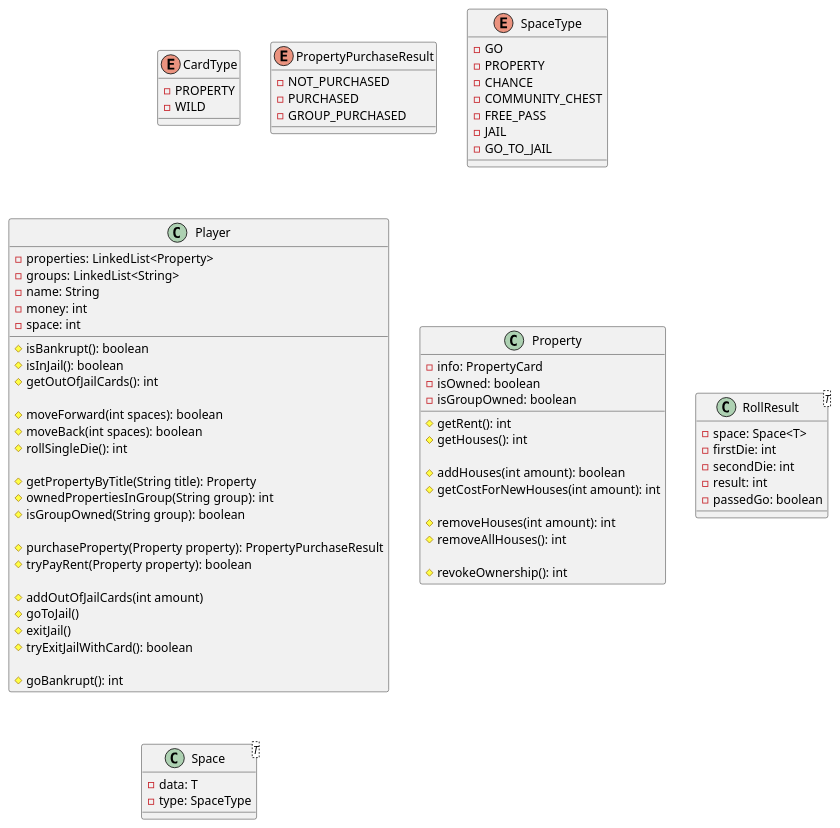
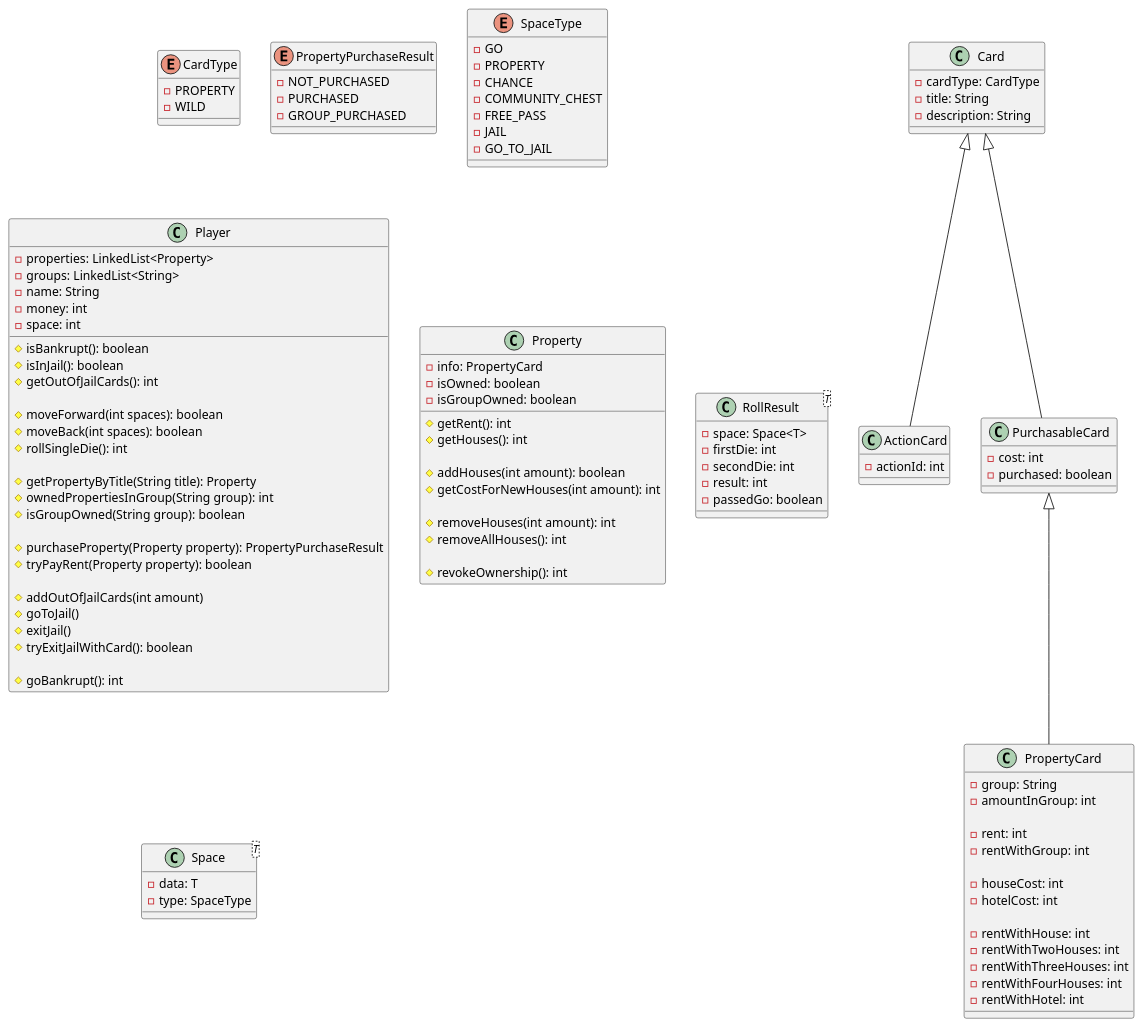
Before and after one commit to ooplata/j_monopoly: the diagram in ProjectDiagram.puml, drawn with PlantUML.

Commit message:
Added classes in cards package to diagram

```diff
--- a/ProjectDiagram.puml
+++ b/ProjectDiagram.puml
@@ -1,84 +1,116 @@
 @startuml JMonopoly
 
 enum CardType {
     -PROPERTY
     -WILD
 }
 
 enum PropertyPurchaseResult {
     -NOT_PURCHASED
     -PURCHASED
     -GROUP_PURCHASED
 }
 
 enum SpaceType {
     -GO
     -PROPERTY
     -CHANCE
     -COMMUNITY_CHEST
     -FREE_PASS
     -JAIL
     -GO_TO_JAIL
 }
 
 class Player {
     -properties: LinkedList<Property>
     -groups: LinkedList<String>
     -name: String
     -money: int
     -space: int
 
     #isBankrupt(): boolean
     #isInJail(): boolean
     #getOutOfJailCards(): int
 
     #moveForward(int spaces): boolean
     #moveBack(int spaces): boolean
     #rollSingleDie(): int
 
     #getPropertyByTitle(String title): Property
     #ownedPropertiesInGroup(String group): int
     #isGroupOwned(String group): boolean
 
     #purchaseProperty(Property property): PropertyPurchaseResult
     #tryPayRent(Property property): boolean
 
     #addOutOfJailCards(int amount)
     #goToJail()
     #exitJail()
     #tryExitJailWithCard(): boolean
 
     #goBankrupt(): int
 }
 
 class Property {
     -info: PropertyCard
     -isOwned: boolean
     -isGroupOwned: boolean
 
     #getRent(): int
     #getHouses(): int
 
     #addHouses(int amount): boolean
     #getCostForNewHouses(int amount): int
 
     #removeHouses(int amount): int
     #removeAllHouses(): int
 
     #revokeOwnership(): int
 }
 
 class RollResult<T> {
     -space: Space<T>
     -firstDie: int
     -secondDie: int
     -result: int
     -passedGo: boolean
 }
 
 class Space<T> {
     -data: T
     -type: SpaceType
 }
 
+class Card {
+    -cardType: CardType
+    -title: String
+    -description: String
+}
+
+class ActionCard extends Card {
+    -actionId: int
+}
+
+class PurchasableCard extends Card {
+    -cost: int
+    -purchased: boolean
+}
+
+class PropertyCard extends PurchasableCard {
+    -group: String
+    -amountInGroup: int
+
+    -rent: int
+    -rentWithGroup: int
+
+    -houseCost: int
+    -hotelCost: int
+
+    -rentWithHouse: int
+    -rentWithTwoHouses: int
+    -rentWithThreeHouses: int
+    -rentWithFourHouses: int
+    -rentWithHotel: int
+}
+
 @enduml
```
